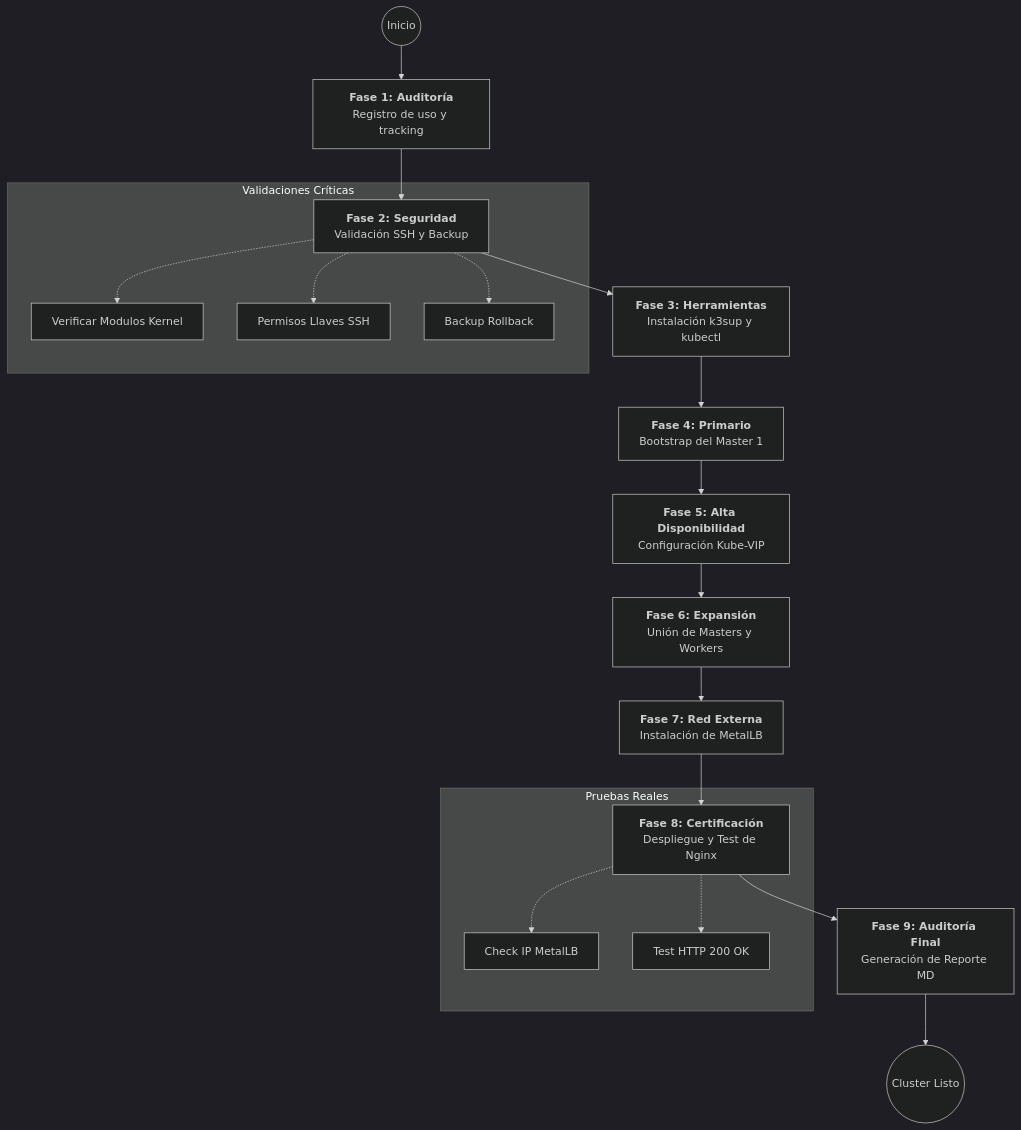
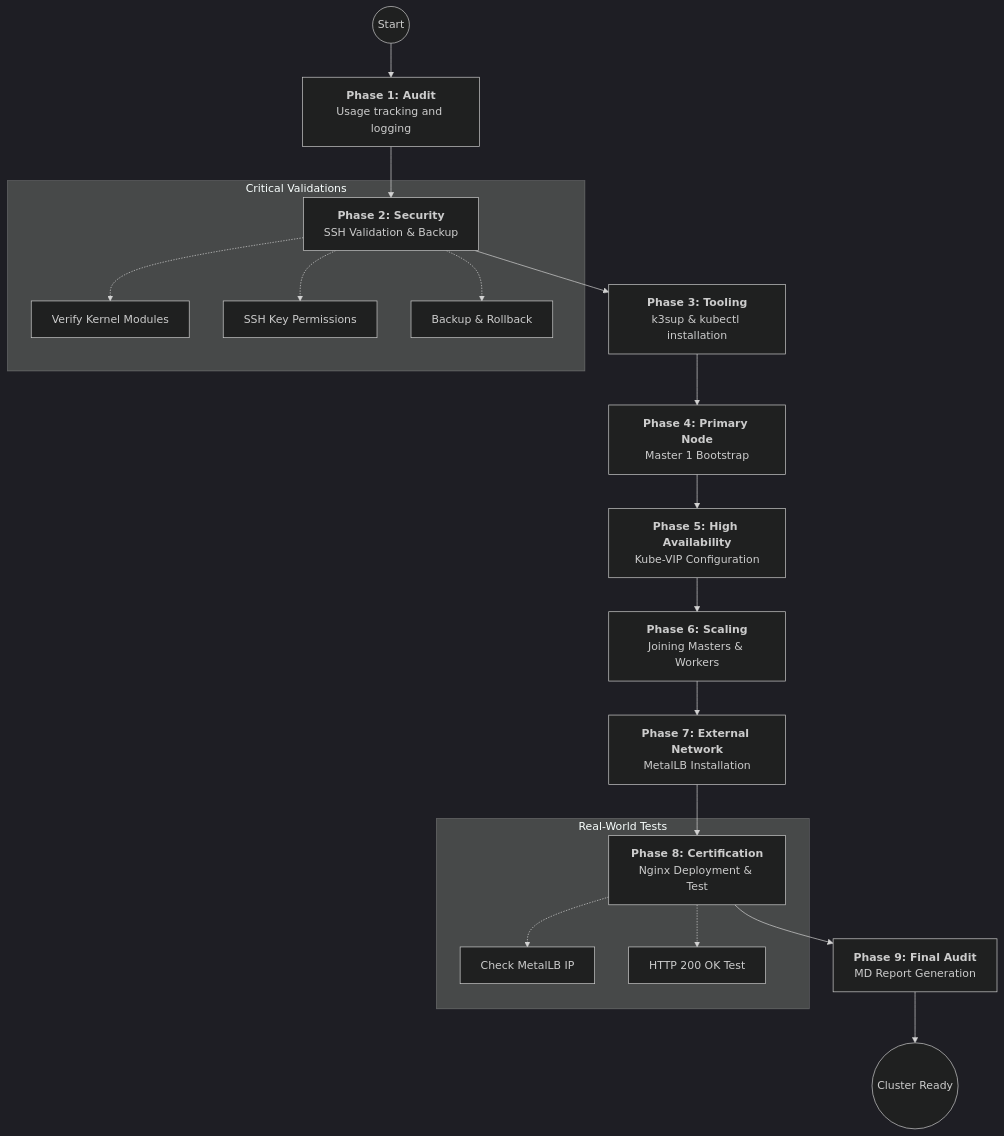
One commit to Ricardowec51/k3s-ha-cluster changed the diagram in README.md. Above: the diagram before and after it, drawn with Mermaid (dark theme). The commit also changed other lines of this file, not shown here.

````diff
--- a/README.md
+++ b/README.md
@@ -13,24 +13,24 @@
 ```mermaid
 graph TD
-    Start((Inicio)) --> F1[<b>Fase 1: Auditoría</b><br/>Registro de uso y tracking]
-    F1 --> F2[<b>Fase 2: Seguridad</b><br/>Validación SSH y Backup]
-    F2 --> F3[<b>Fase 3: Herramientas</b><br/>Instalación k3sup y kubectl]
-    F3 --> F4[<b>Fase 4: Primario</b><br/>Bootstrap del Master 1]
-    F4 --> F5[<b>Fase 5: Alta Disponibilidad</b><br/>Configuración Kube-VIP]
-    F5 --> F6[<b>Fase 6: Expansión</b><br/>Unión de Masters y Workers]
-    F6 --> F7[<b>Fase 7: Red Externa</b><br/>Instalación de MetalLB]
-    F7 --> F8[<b>Fase 8: Certificación</b><br/>Despliegue y Test de Nginx]
-    F8 --> F9[<b>Fase 9: Auditoría Final</b><br/>Generación de Reporte MD]
-    F9 --> End((Cluster Listo))
+    Start((Start)) --> F1[<b>Phase 1: Audit</b><br/>Usage tracking and logging]
+    F1 --> F2[<b>Phase 2: Security</b><br/>SSH Validation & Backup]
+    F2 --> F3[<b>Phase 3: Tooling</b><br/>k3sup & kubectl installation]
+    F3 --> F4[<b>Phase 4: Primary Node</b><br/>Master 1 Bootstrap]
+    F4 --> F5[<b>Phase 5: High Availability</b><br/>Kube-VIP Configuration]
+    F5 --> F6[<b>Phase 6: Scaling</b><br/>Joining Masters & Workers]
+    F6 --> F7[<b>Phase 7: External Network</b><br/>MetalLB Installation]
+    F7 --> F8[<b>Phase 8: Certification</b><br/>Nginx Deployment & Test]
+    F8 --> F9[<b>Phase 9: Final Audit</b><br/>MD Report Generation]
+    F9 --> End((Cluster Ready))
 
-    subgraph "Validaciones Críticas"
-    F2 -.-> V1[Verificar Modulos Kernel]
-    F2 -.-> V2[Permisos Llaves SSH]
-    F2 -.-> V3[Backup Rollback]
+    subgraph "Critical Validations"
+    F2 -.-> V1[Verify Kernel Modules]
+    F2 -.-> V2[SSH Key Permissions]
+    F2 -.-> V3[Backup & Rollback]
     end
 
-    subgraph "Pruebas Reales"
-    F8 -.-> T1[Check IP MetalLB]
-    F8 -.-> T2[Test HTTP 200 OK]
+    subgraph "Real-World Tests"
+    F8 -.-> T1[Check MetalLB IP]
+    F8 -.-> T2[HTTP 200 OK Test]
     end
 ```
````
